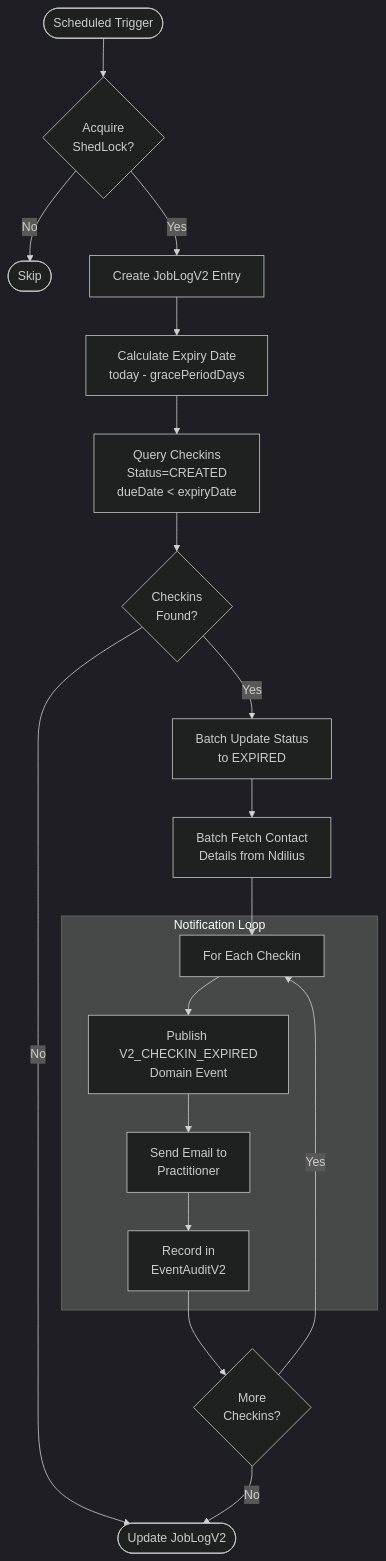
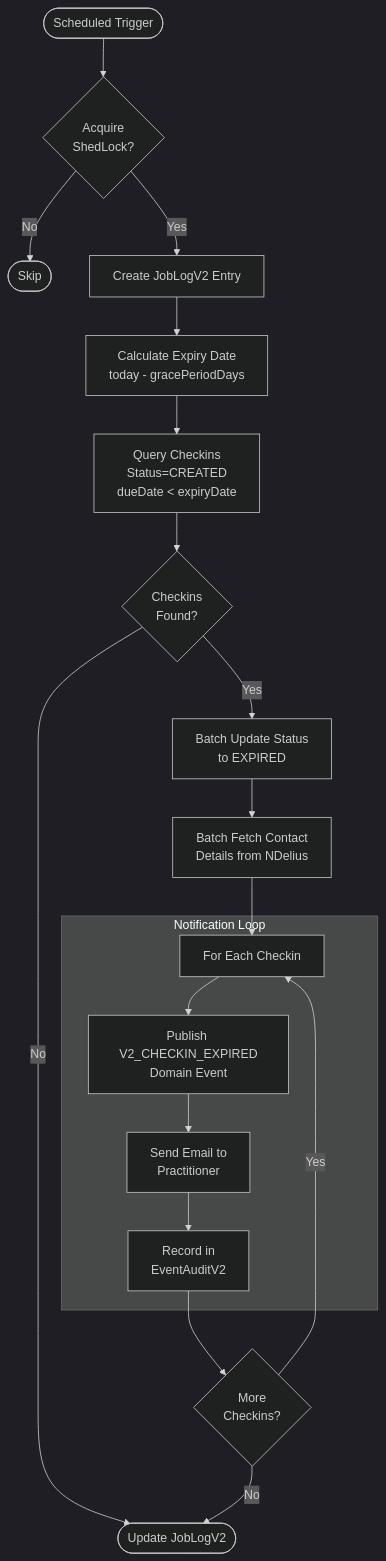
One commit to ministryofjustice/hmpps-esupervision-api changed the second of 2 diagrams in docs/v2/BACKGROUND_JOBS.md. Above: the diagram before and after it, drawn with Mermaid (dark theme). The commit also changed other lines of this file and 8 other files, not shown here.

Commit message:
Update ndilius to NDelius in docs

````diff
--- a/docs/v2/BACKGROUND_JOBS.md
+++ b/docs/v2/BACKGROUND_JOBS.md
@@ -80,33 +80,33 @@
 ```mermaid
 flowchart TB
     START([Scheduled Trigger])
 
     START --> LOCK{Acquire<br/>ShedLock?}
     LOCK -->|No| SKIP([Skip])
     LOCK -->|Yes| LOG[Create JobLogV2 Entry]
 
     LOG --> CALC[Calculate Expiry Date<br/>today - gracePeriodDays]
 
     CALC --> QUERY[Query Checkins<br/>Status=CREATED<br/>dueDate < expiryDate]
 
     QUERY --> CHECK{Checkins<br/>Found?}
     CHECK -->|No| COMPLETE
 
     CHECK -->|Yes| UPDATE[Batch Update Status<br/>to EXPIRED]
 
-    UPDATE --> FETCH[Batch Fetch Contact<br/>Details from Ndilius]
+    UPDATE --> FETCH[Batch Fetch Contact<br/>Details from NDelius]
 
     FETCH --> LOOP[For Each Checkin]
 
     subgraph "Notification Loop"
         LOOP --> EVENT[Publish V2_CHECKIN_EXPIRED<br/>Domain Event]
         EVENT --> PNOTIFY[Send Email to<br/>Practitioner]
         PNOTIFY --> AUDIT[Record in<br/>EventAuditV2]
     end
 
     AUDIT --> NEXT{More<br/>Checkins?}
     NEXT -->|Yes| LOOP
     NEXT -->|No| COMPLETE
 
     COMPLETE([Update JobLogV2])
 ```
````
